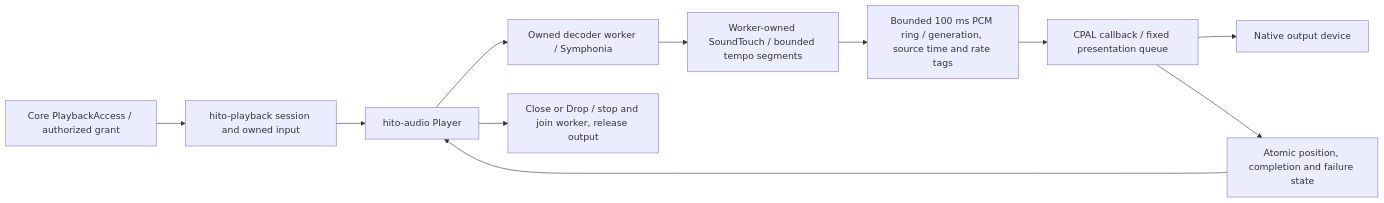
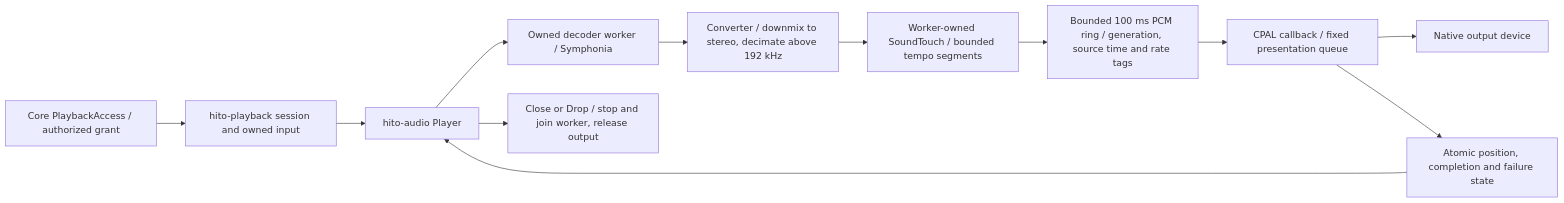
The first of 4 diagrams in docs/native-audio.md (acidiney/hitoapp), drawn with Mermaid before and after one commit. The commit also changed other lines of this file and 4 other files, not shown here.

````diff
--- a/docs/native-audio.md
+++ b/docs/native-audio.md
@@ -9,13 +9,14 @@
 ```mermaid
 flowchart LR
   Access[Core PlaybackAccess / authorized grant] --> Session[hito-playback session and owned input]
   Session --> Player[hito-audio Player]
   Player --> Decoder[Owned decoder worker / Symphonia]
-  Decoder --> Tempo[Worker-owned SoundTouch / bounded tempo segments]
+  Decoder --> Convert[Converter / downmix to stereo, decimate above 192 kHz]
+  Convert --> Tempo[Worker-owned SoundTouch / bounded tempo segments]
   Tempo --> PCM[Bounded 100 ms PCM ring / generation, source time and rate tags]
   PCM --> Render[CPAL callback / fixed presentation queue]
   Render --> Device[Native output device]
   Render --> State[Atomic position, completion and failure state]
   State --> Player
   Player --> Join[Close or Drop / stop and join worker, release output]
 ```
````
